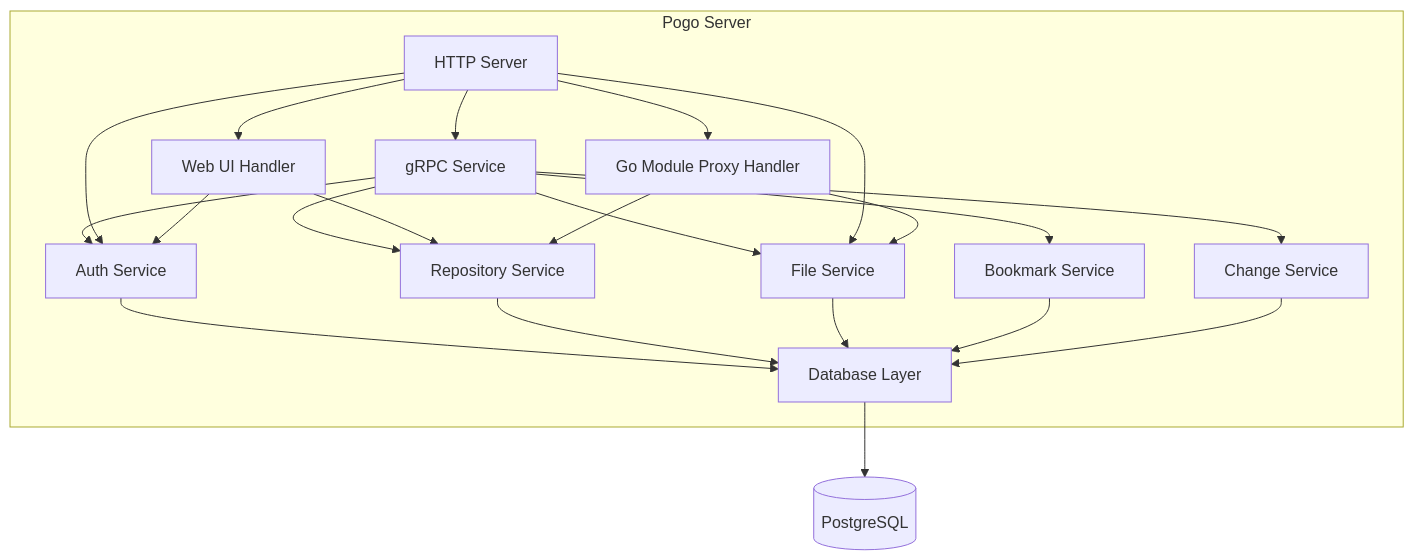
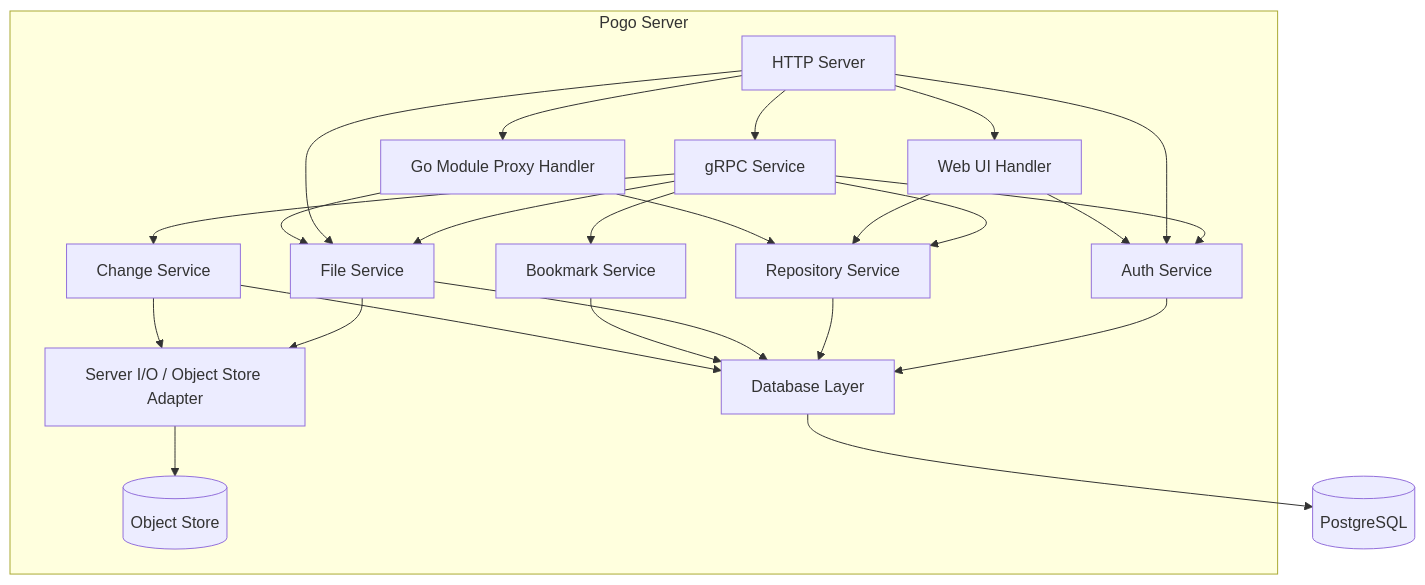
The third of 8 diagrams in ARCHITECTURE.md (pogo-vcs/pogo), drawn with Mermaid before and after one commit. The commit also changed other lines of this file and 1 other file, not shown here.

Commit message:
docs: add object store to architecture diagram

````diff
--- a/ARCHITECTURE.md
+++ b/ARCHITECTURE.md
@@ -48,41 +54,48 @@
 ```mermaid
 graph TB
     subgraph "Pogo Server"
         GrpcService[gRPC Service]
         HttpServer[HTTP Server]
         WebUIHandler[Web UI Handler]
         GoProxyHandler[Go Module Proxy Handler]
         AuthService[Auth Service]
         RepoService[Repository Service]
         FileService[File Service]
         BookmarkService[Bookmark Service]
         ChangeService[Change Service]
+        ServerIO[Server I/O / Object Store Adapter]
         DbLayer[Database Layer]
+        ObjectStore[(Object Store)]
     end
-    
+
     GrpcService --> AuthService
     GrpcService --> RepoService
     GrpcService --> FileService
     GrpcService --> BookmarkService
     GrpcService --> ChangeService
-    
+
     HttpServer --> WebUIHandler
     HttpServer --> GoProxyHandler
     HttpServer --> GrpcService
     HttpServer --> AuthService
     HttpServer --> FileService
-    
+
     WebUIHandler --> AuthService
     WebUIHandler --> RepoService
-    
+
     GoProxyHandler --> RepoService
     GoProxyHandler --> FileService
-    
+
     AuthService --> DbLayer
     RepoService --> DbLayer
     FileService --> DbLayer
     BookmarkService --> DbLayer
     ChangeService --> DbLayer
-    
+
+    ServerIO --> ObjectStore
+
+    FileService --> ServerIO
+    ChangeService --> ServerIO
+
     DbLayer --> PostgreSQL[(PostgreSQL)]
 ```
````
